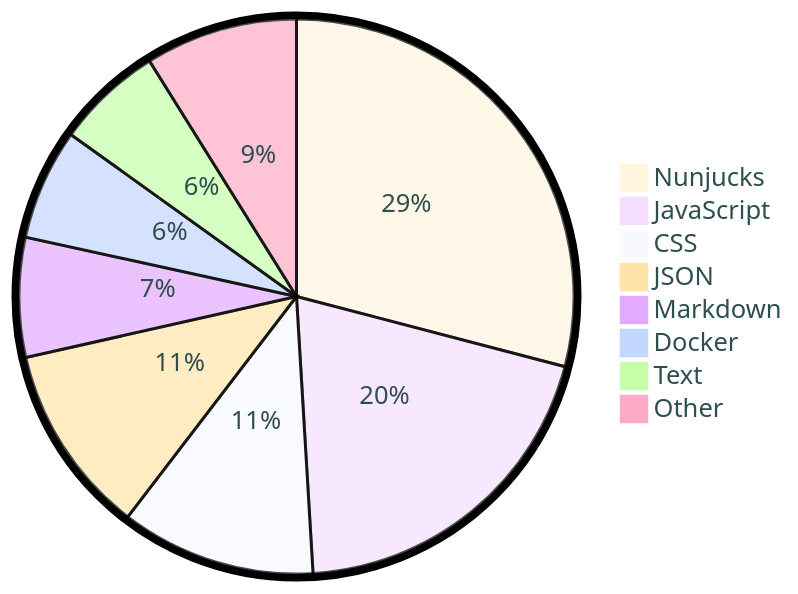
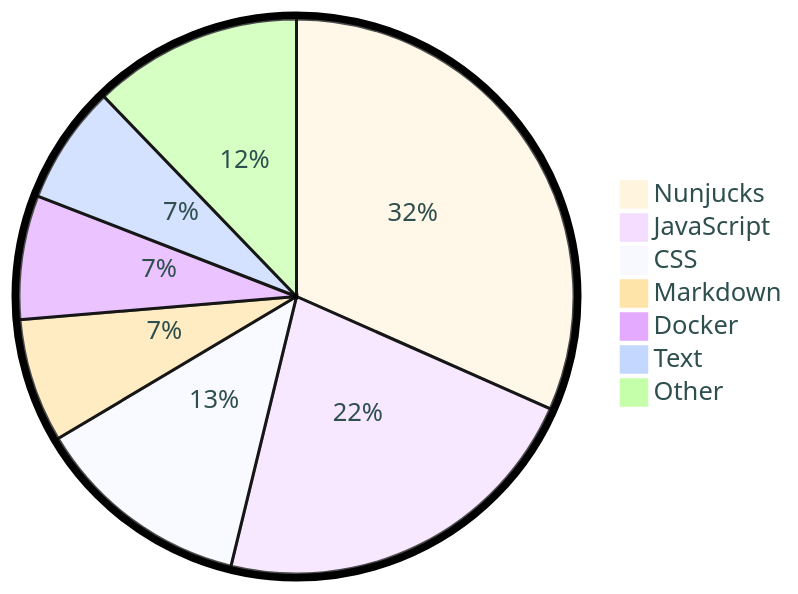
One commit to tot0p/tot0p changed the diagram in README.md. Above: the diagram before and after it, drawn with Mermaid. The commit also changed other lines of this file, not shown here.

````diff
--- a/README.md
+++ b/README.md
@@ -130,12 +130,11 @@
 ```mermaid
 %%{init: {"pie": {"textPosition": 0.5}, "themeVariables": {"pieOuterStrokeWidth": "5px","primaryTextColor" : "#2F4F4F"},"theme":"base"} }%%
 pie
-	"Nunjucks": 29.07
-	"JavaScript": 19.98
-	"CSS": 11.35
-	"JSON": 11.07
-	"Markdown": 6.96
-	"Docker": 6.48
-	"Text": 6.21
-	"Other": 8.88
+	"Nunjucks": 31.63
+	"JavaScript": 22.16
+	"CSS": 12.65
+	"Markdown": 7.22
+	"Docker": 7.22
+	"Text": 6.91
+	"Other": 12.2
 ```
````
